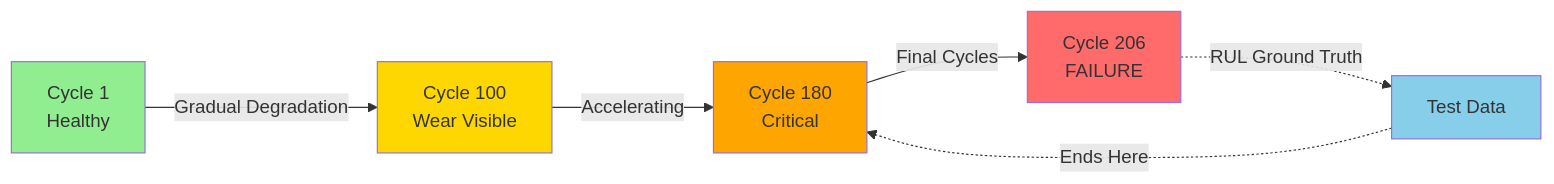
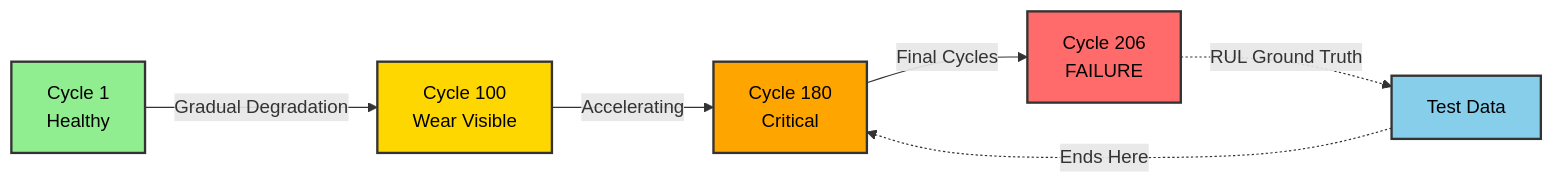
Before and after one commit to nasim-raj-laskar/Real-Time-Aircraft-Engine-Predictive-Maintenance-System: the third of 3 diagrams in docs/01_dataset.md, drawn with Mermaid. The commit also changed other lines of this file and 8 other files, not shown here.

````diff
--- a/docs/01_dataset.md
+++ b/docs/01_dataset.md
@@ -164,15 +164,15 @@
 ```mermaid
 graph LR
     A[Cycle 1<br/>Healthy] -->|Gradual Degradation| B[Cycle 100<br/>Wear Visible]
     B -->|Accelerating| C[Cycle 180<br/>Critical]
     C -->|Final Cycles| D[Cycle 206<br/>FAILURE]
     
     E[Test Data] -.->|Ends Here| C
     D -.->|RUL Ground Truth| E
     
-    style A fill:#90EE90
-    style B fill:#FFD700
-    style C fill:#FFA500
-    style D fill:#FF6B6B
-    style E fill:#87CEEB
+    style A fill:#90EE90,stroke:#333,stroke-width:2px,color:#000
+    style B fill:#FFD700,stroke:#333,stroke-width:2px,color:#000
+    style C fill:#FFA500,stroke:#333,stroke-width:2px,color:#000
+    style D fill:#FF6B6B,stroke:#333,stroke-width:2px,color:#000
+    style E fill:#87CEEB,stroke:#333,stroke-width:2px,color:#000
 ```
````
